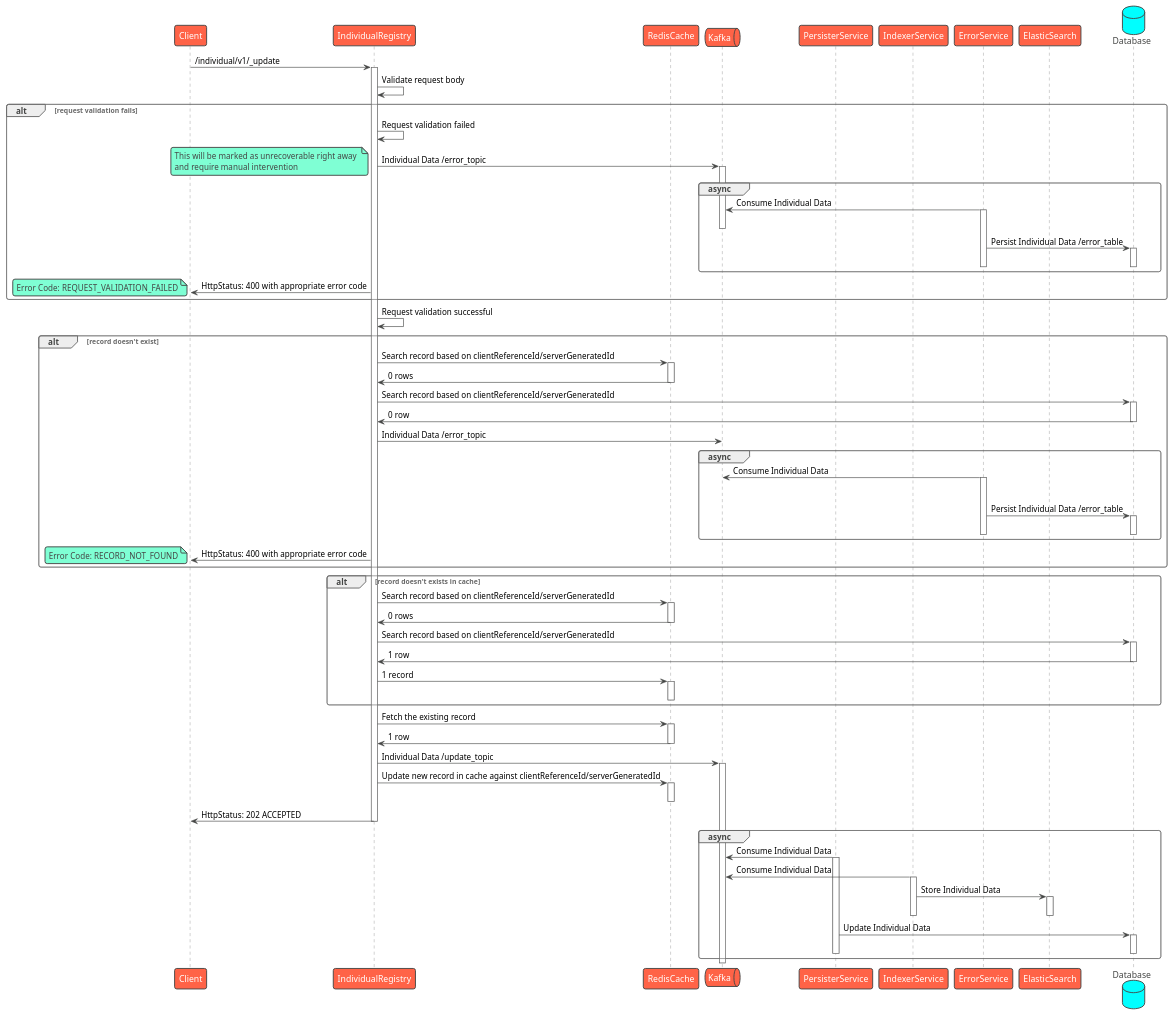
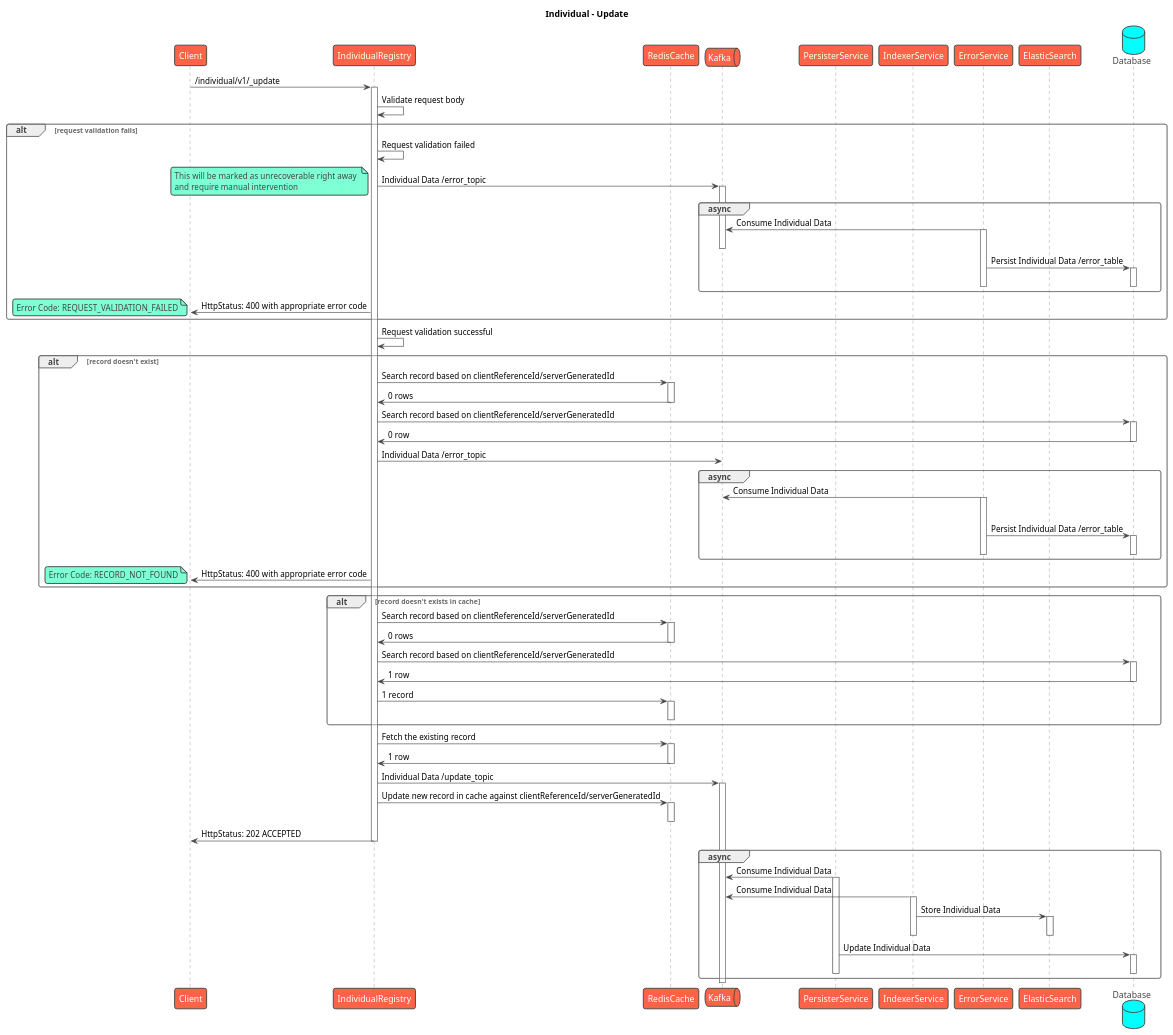
Before and after one commit to egovernments/health-api-specs: the diagram in contracts/registries/individual/sequence/update.puml, drawn with PlantUML. The commit also changed 7 other files, not shown here.

Commit message:
Add titles to sequence diagrams

```diff
--- a/contracts/registries/individual/sequence/update.puml
+++ b/contracts/registries/individual/sequence/update.puml
@@ -1,106 +1,107 @@
-@startuml Individual Registry - Update
+@startuml
+title Individual - Update
 !theme vibrant
 participant Client as c
 participant IndividualRegistry as s
 participant RedisCache as rc
 queue Kafka as k
 participant PersisterService as prs
 participant IndexerService as idx
 participant ErrorService as es
 participant ElasticSearch as el
 database Database as db
 c -> s : /individual/v1/_update
 activate s
 s -> s: Validate request body
 alt request validation fails
     s -> s: Request validation failed
     s -> k: Individual Data /error_topic
     note left
         This will be marked as unrecoverable right away 
         and require manual intervention
     end note
     activate k
     group async
         es -> k: Consume Individual Data
         activate es
         deactivate k
         es -> db: Persist Individual Data /error_table
         activate db
         deactivate db
         deactivate es
     end
     s -> c: HttpStatus: 400 with appropriate error code
     note left
       Error Code: REQUEST_VALIDATION_FAILED
     end note
 end
 s -> s: Request validation successful
 alt record doesn't exist
     s -> rc: Search record based on clientReferenceId/serverGeneratedId
     activate rc
     rc -> s: 0 rows
     deactivate rc
     s -> db: Search record based on clientReferenceId/serverGeneratedId
     activate db
     db -> s: 0 row
     deactivate db
     s -> k: Individual Data /error_topic
     group async
         es -> k: Consume Individual Data
         activate es
         deactivate k
         es -> db: Persist Individual Data /error_table
         activate db
         deactivate db
         deactivate es
     end
     s -> c: HttpStatus: 400 with appropriate error code
     note left
       Error Code: RECORD_NOT_FOUND
     end note
 end
 alt record doesn't exists in cache
     s -> rc: Search record based on clientReferenceId/serverGeneratedId
     activate rc
     rc -> s: 0 rows
     deactivate rc
     s -> db: Search record based on clientReferenceId/serverGeneratedId
     activate db
     db -> s: 1 row
     deactivate db
     s -> rc: 1 record
     activate rc
     deactivate rc
 end
 s -> rc: Fetch the existing record
 activate rc
 rc -> s: 1 row
 deactivate rc
 'ir -> ir: Check if the new record is not equal to existing record
 'alt new record equals existing record
 '    ir -> ir: New record equals existing record
 '    ir -> c: HttpStatus: 202 ACCEPTED with appropriate response code
 'end
 s -> k: Individual Data /update_topic
 activate k
 s -> rc: Update new record in cache against clientReferenceId/serverGeneratedId
 activate rc
 deactivate rc
 s -> c: HttpStatus: 202 ACCEPTED
 deactivate s
 group async
     prs -> k: Consume Individual Data
     activate prs
     idx -> k: Consume Individual Data
     activate idx
     idx -> el: Store Individual Data
     activate el
     deactivate el
     deactivate idx
     prs -> db: Update Individual Data
     activate db
     deactivate db
     deactivate prs
 end
 deactivate k
 @enduml
```
